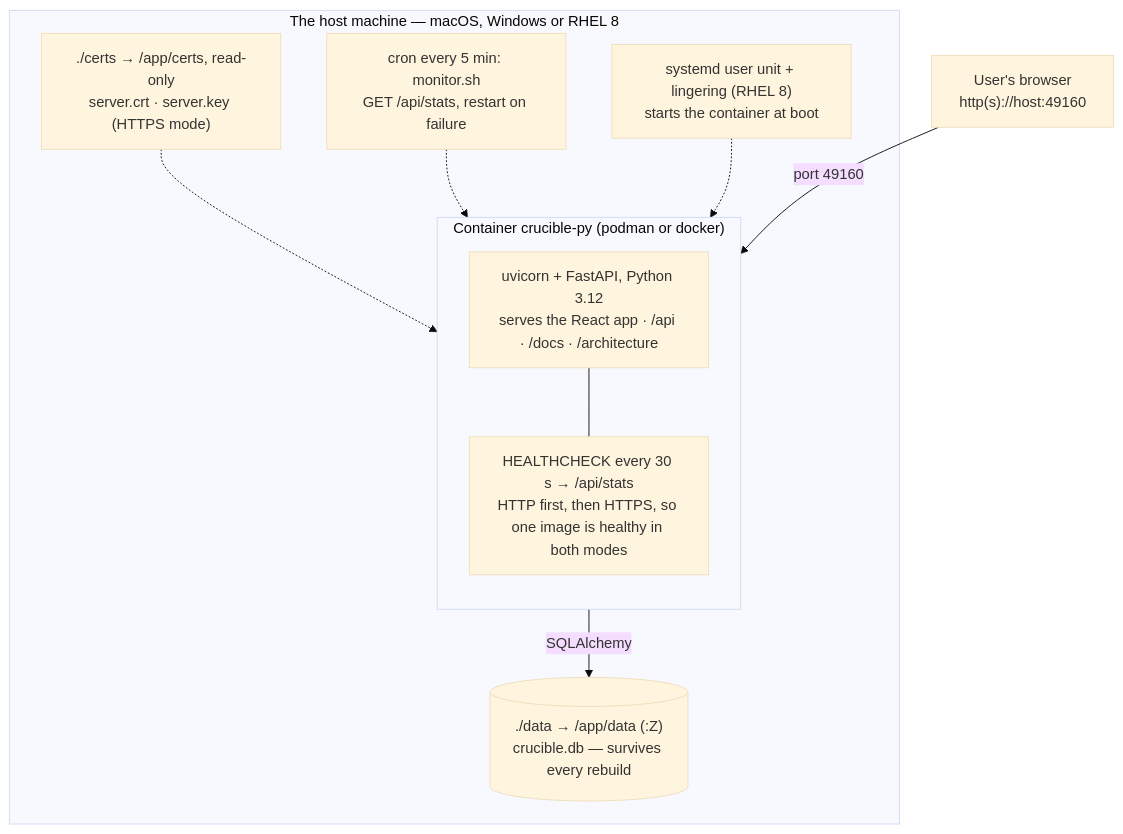
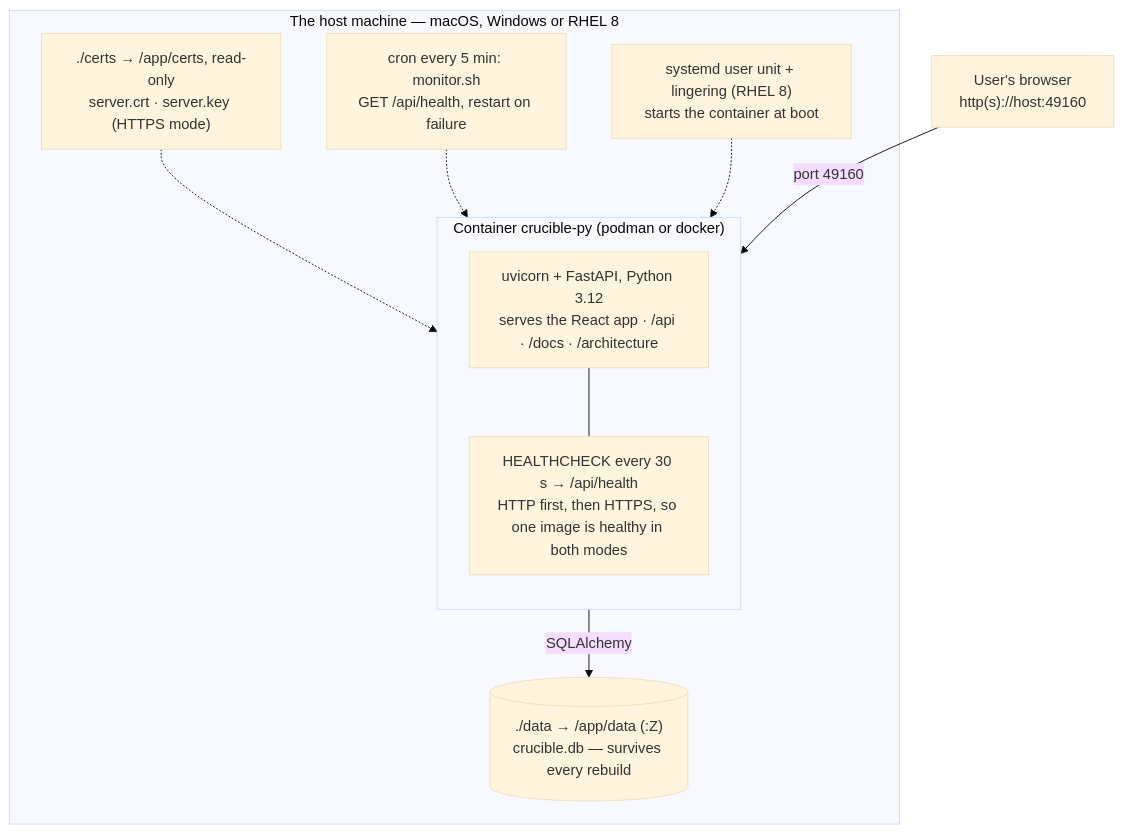
Before and after one commit to akannan2987/nr-nips-crucible: the fifth of 7 diagrams in docs/02-architecture.md, drawn with Mermaid (base theme). The commit also changed other lines of this file and 45 other files, not shown here.

First line of the commit message:
Put a token gate on every route, with a login page and one open health route

````diff
--- a/docs/02-architecture.md
+++ b/docs/02-architecture.md
@@ -585,20 +593,20 @@
 ```mermaid
 flowchart TB
     B["User's browser<br/>http(s)://host:49160"] -- "port 49160" --> C
     subgraph host["The host machine — macOS, Windows or RHEL 8"]
         subgraph C["Container crucible-py (podman or docker)"]
             direction TB
             U["uvicorn + FastAPI, Python 3.12<br/>serves the React app · /api · /docs · /architecture"]
-            H["HEALTHCHECK every 30 s → /api/stats<br/>HTTP first, then HTTPS, so one image is healthy in both modes"]
+            H["HEALTHCHECK every 30 s → /api/health<br/>HTTP first, then HTTPS, so one image is healthy in both modes"]
             U --- H
         end
         V[("./data → /app/data (:Z)<br/>crucible.db — survives every rebuild")]
         K["./certs → /app/certs, read-only<br/>server.crt · server.key (HTTPS mode)"]
-        M["cron every 5 min: monitor.sh<br/>GET /api/stats, restart on failure"]
+        M["cron every 5 min: monitor.sh<br/>GET /api/health, restart on failure"]
         S["systemd user unit + lingering (RHEL 8)<br/>starts the container at boot"]
         U -- "SQLAlchemy" --> V
         K -.-> U
         M -.-> C
         S -.-> C
     end
 ```
````
